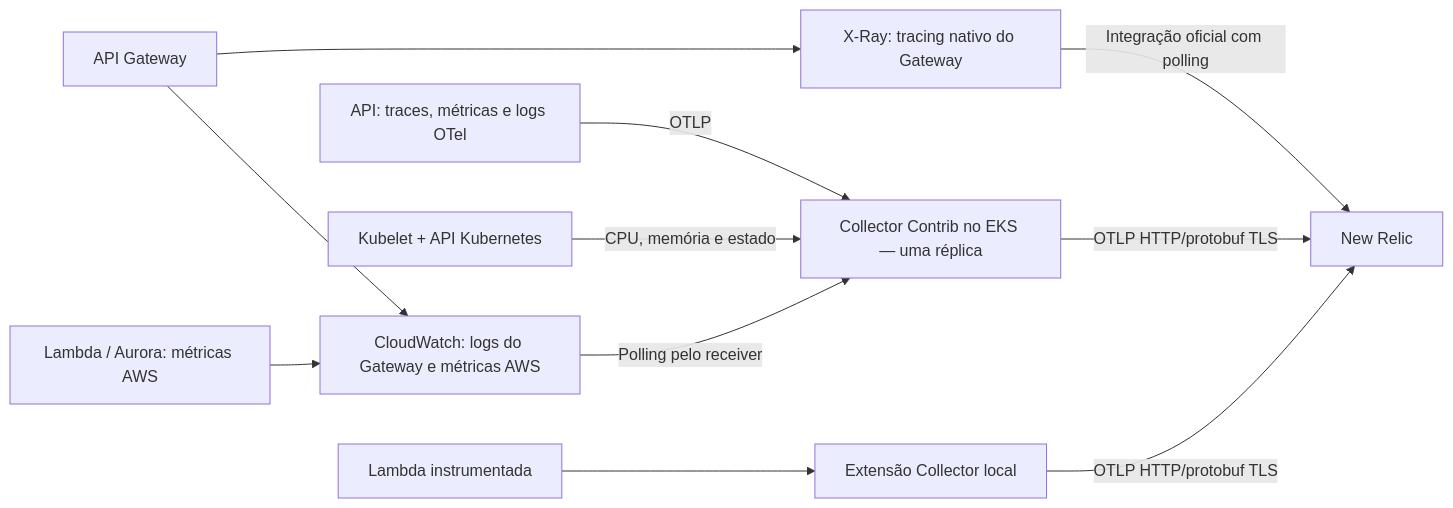
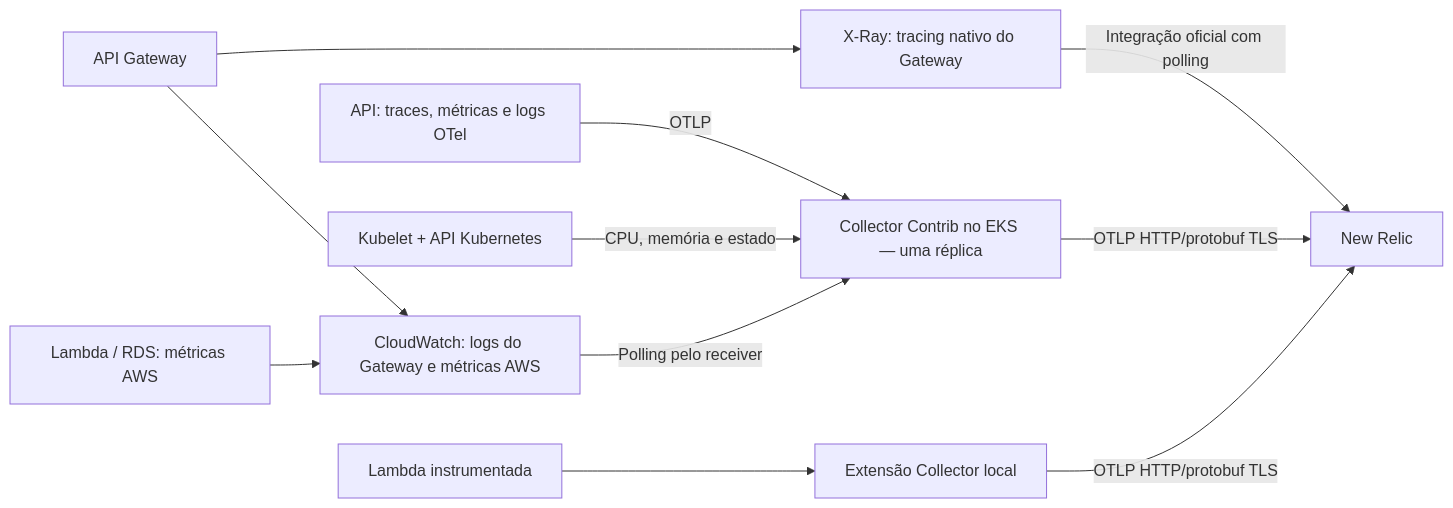
Before and after one commit to pknfelps/GerenciamentoMecanicaSistema: the second of 2 diagrams in docs/arquitetura/diagramas/COMPONENTES.md, drawn with Mermaid. The commit also changed other lines of this file and 21 other files, not shown here.

````diff
--- a/docs/arquitetura/diagramas/COMPONENTES.md
+++ b/docs/arquitetura/diagramas/COMPONENTES.md
@@ -51,13 +51,13 @@
 ```mermaid
 flowchart LR
     API["API: traces, métricas e logs OTel"] -->|"OTLP"| COL["Collector Contrib no EKS — uma réplica"]
     K8S["Kubelet + API Kubernetes"] -->|"CPU, memória e estado"| COL
     FN["Lambda instrumentada"] --> LCOL["Extensão Collector local"]
     GW["API Gateway"] --> CW["CloudWatch: logs do Gateway e métricas AWS"]
-    AWS["Lambda / Aurora: métricas AWS"] --> CW
+    AWS["Lambda / RDS: métricas AWS"] --> CW
     CW -->|"Polling pelo receiver"| COL
     GW --> XR["X-Ray: tracing nativo do Gateway"]
     XR -->|"Integração oficial com polling"| NR["New Relic"]
     COL -->|"OTLP HTTP/protobuf TLS"| NR
     LCOL -->|"OTLP HTTP/protobuf TLS"| NR
 ```
````
